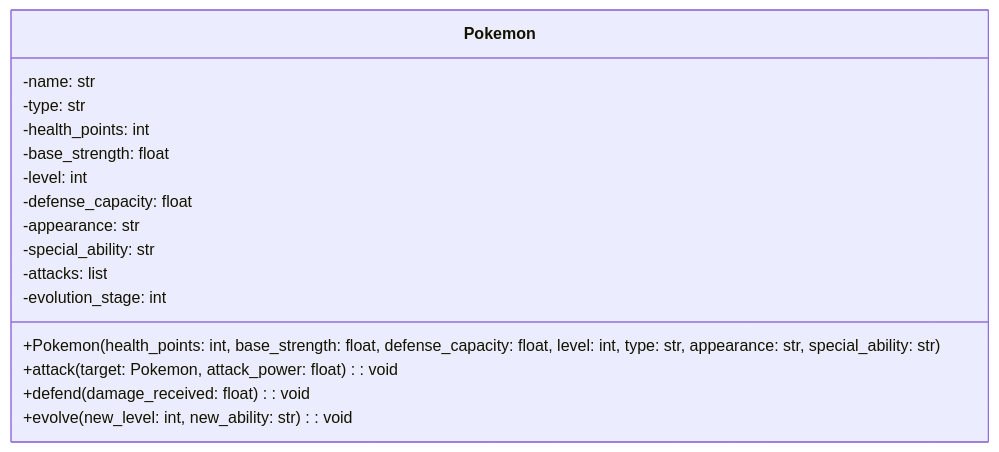
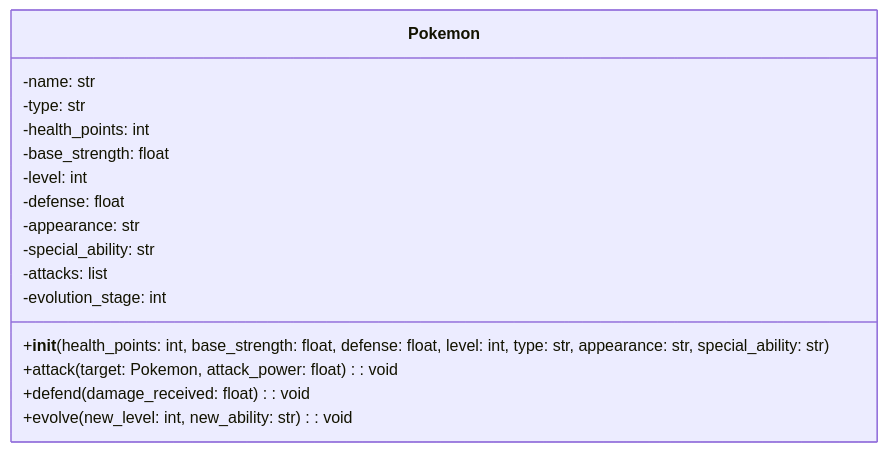
One commit to EpsilonSheratan/Poke-Repo-2026-1-PM changed the diagram in README.md. Above: the diagram before and after it, drawn with Mermaid. The commit also changed other lines of this file and 2 other files, not shown here.

````diff
--- a/README.md
+++ b/README.md
@@ -108,23 +74,23 @@
 ```mermaid
 classDiagram
     direction TB
 
     class Pokemon {
         -name: str
         -type: str
         -health_points: int
         -base_strength: float
         -level: int
-        -defense_capacity: float
+        -defense: float
         -appearance: str
         -special_ability: str
         -attacks: list
         -evolution_stage: int
 
-        +Pokemon(health_points: int, base_strength: float, defense_capacity: float, level: int, type: str, appearance: str, special_ability: str) 
+        +__init__(health_points: int, base_strength: float, defense: float, level: int, type: str, appearance: str, special_ability: str) 
 
         +attack(target: Pokemon, attack_power: float): void
         +defend(damage_received: float): void
         +evolve(new_level: int, new_ability: str): void
     }
 ```
````
